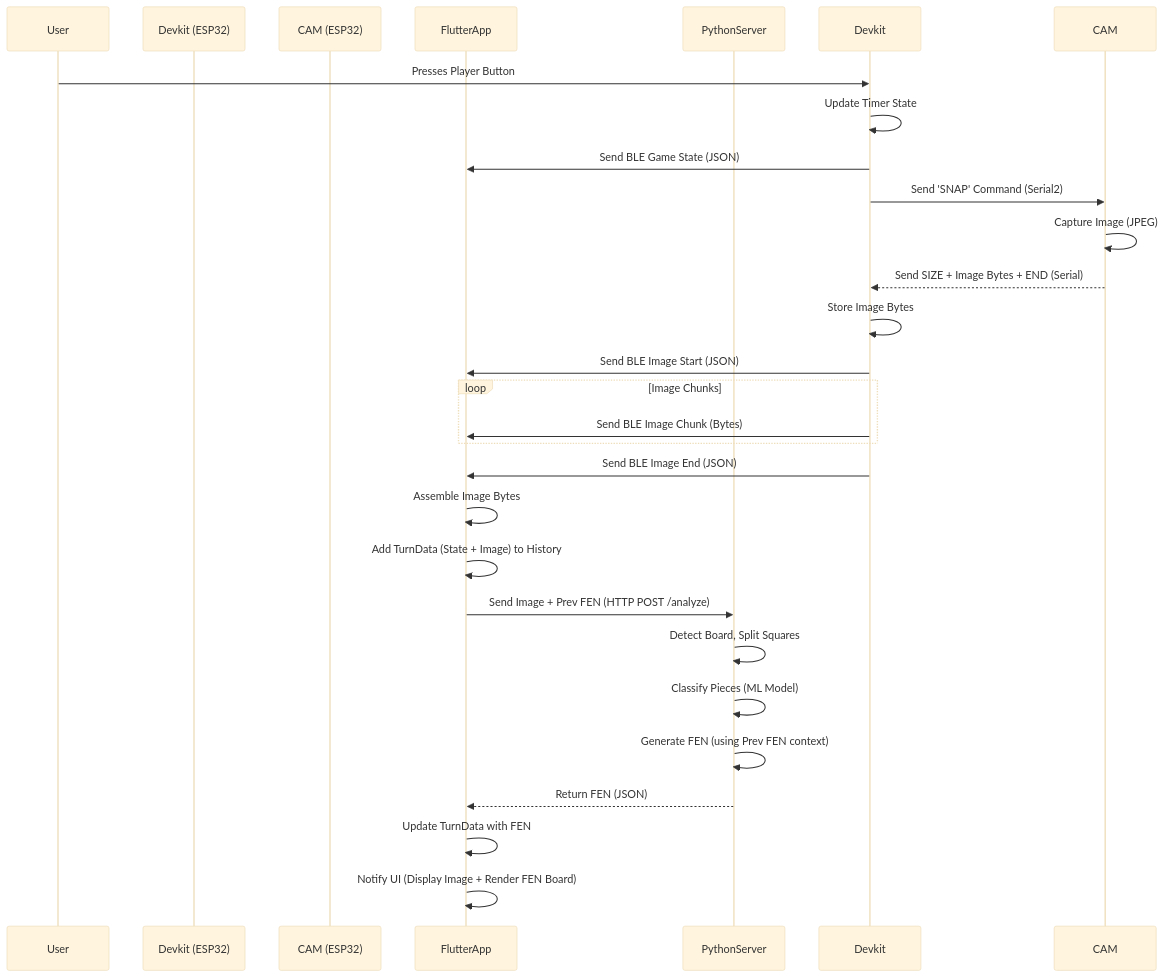
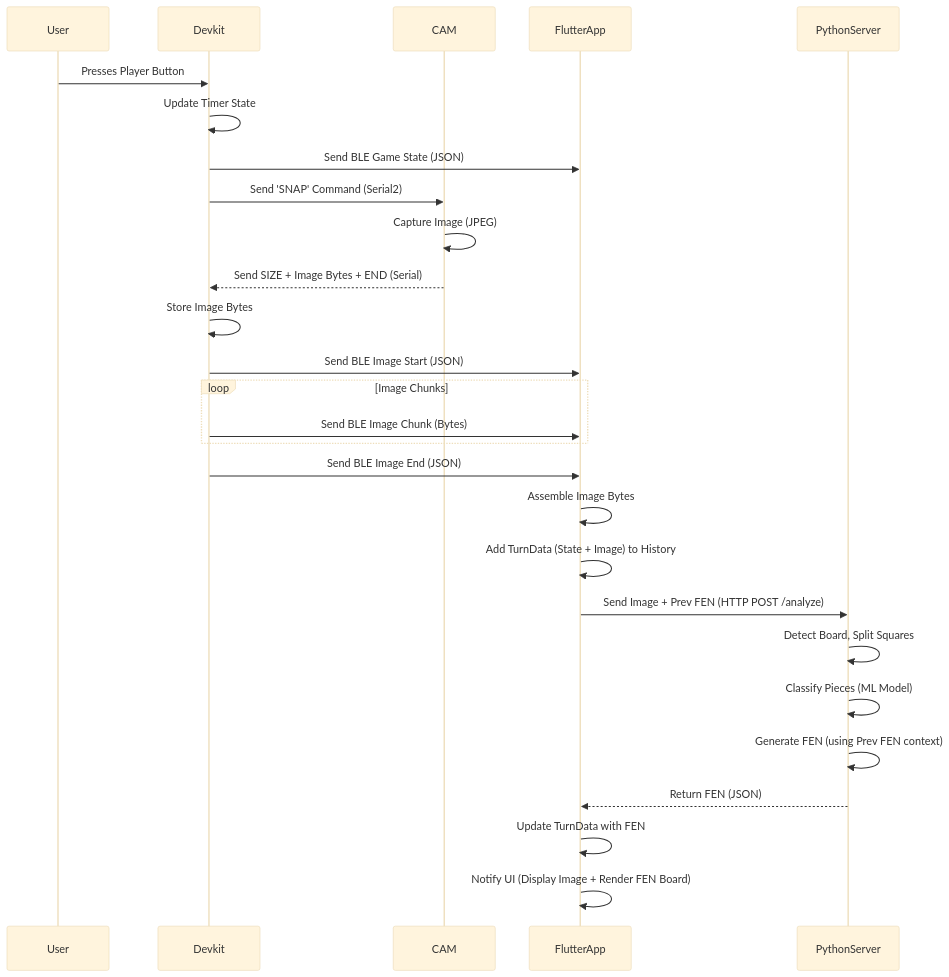
One commit to unforced/chess_clock changed the diagram in PROJECT_SPECIFICATIONS.md. Above: the diagram before and after it, drawn with Mermaid (base theme).

````diff
--- a/PROJECT_SPECIFICATIONS.md
+++ b/PROJECT_SPECIFICATIONS.md
@@ -20,30 +20,30 @@
 ```mermaid
 sequenceDiagram
     participant User
-    participant Devkit (ESP32)
-    participant CAM (ESP32)
+    participant Devkit
+    participant CAM
     participant FlutterApp
     participant PythonServer
 
     User->>Devkit: Presses Player Button
     Devkit->>Devkit: Update Timer State
     Devkit->>FlutterApp: Send BLE Game State (JSON)
     Devkit->>CAM: Send 'SNAP' Command (Serial2)
     CAM->>CAM: Capture Image (JPEG)
     CAM-->>Devkit: Send SIZE + Image Bytes + END (Serial)
     Devkit->>Devkit: Store Image Bytes
     Devkit->>FlutterApp: Send BLE Image Start (JSON)
     loop Image Chunks
         Devkit->>FlutterApp: Send BLE Image Chunk (Bytes)
     end
     Devkit->>FlutterApp: Send BLE Image End (JSON)
     FlutterApp->>FlutterApp: Assemble Image Bytes
     FlutterApp->>FlutterApp: Add TurnData (State + Image) to History
     FlutterApp->>PythonServer: Send Image + Prev FEN (HTTP POST /analyze)
     PythonServer->>PythonServer: Detect Board, Split Squares
     PythonServer->>PythonServer: Classify Pieces (ML Model)
     PythonServer->>PythonServer: Generate FEN (using Prev FEN context)
     PythonServer-->>FlutterApp: Return FEN (JSON)
     FlutterApp->>FlutterApp: Update TurnData with FEN
     FlutterApp->>FlutterApp: Notify UI (Display Image + Render FEN Board)
 ```
````
